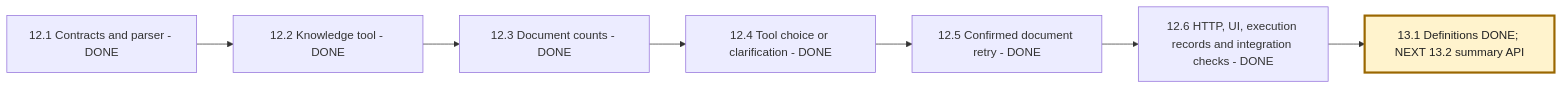
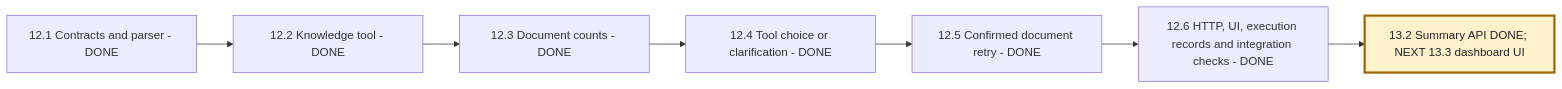
Before and after one commit to msdian0007/nexaAi: the fourth of 5 diagrams in NEXAAI_ROADMAP.md, drawn with Mermaid. The commit also changed other lines of this file and 7 other files, not shown here.

Commit message:
dashboard summary API

````diff
--- a/NEXAAI_ROADMAP.md
+++ b/NEXAAI_ROADMAP.md
@@ -304,10 +305,10 @@
 ```mermaid
 flowchart LR
     A[12.1 Contracts and parser - DONE] --> B[12.2 Knowledge tool - DONE]
     B --> C[12.3 Document counts - DONE]
     C --> D[12.4 Tool choice or clarification - DONE]
     D --> E[12.5 Confirmed document retry - DONE]
     E --> F[12.6 HTTP, UI, execution records and integration checks - DONE]
-    F --> G[13.1 Definitions DONE; NEXT 13.2 summary API]
+    F --> G[13.2 Summary API DONE; NEXT 13.3 dashboard UI]
     style G fill:#fff3cd,stroke:#9a6700,stroke-width:3px,color:#222
 ```
````
